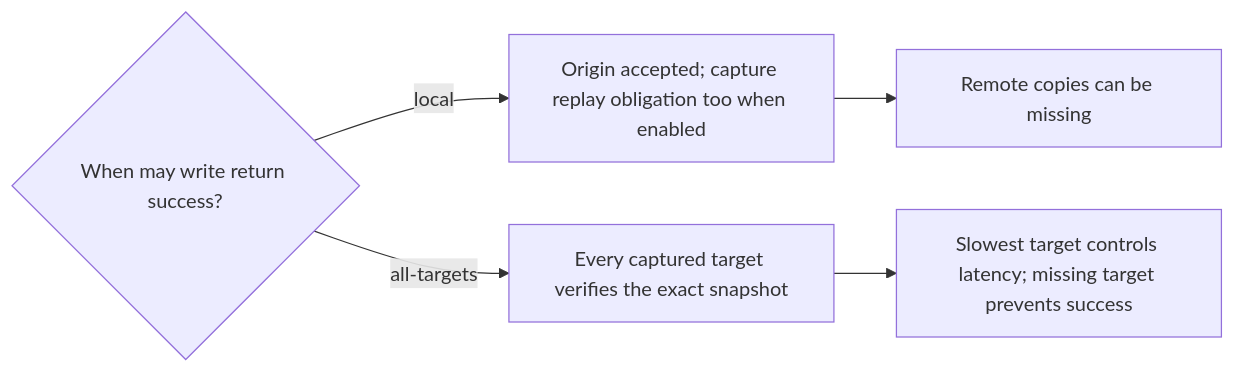
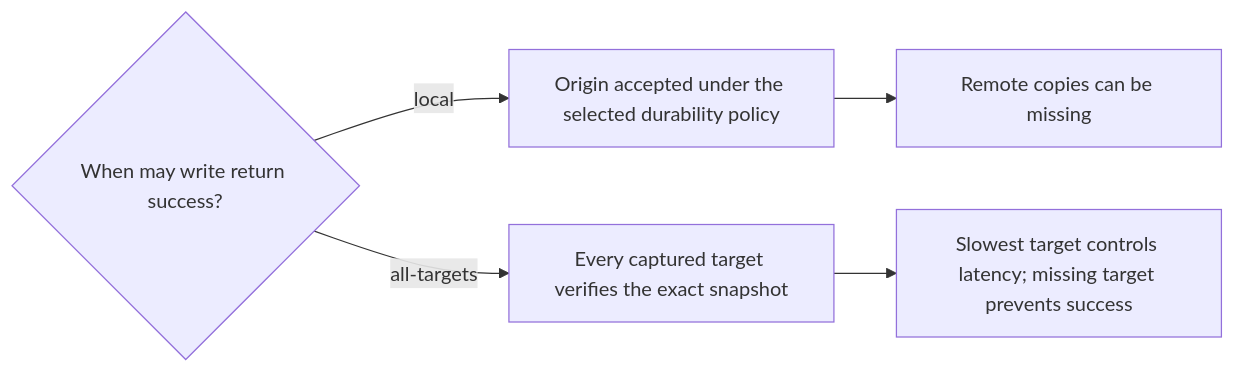
One commit to alberttwong/redis-multi-region-adapter changed the second of 2 diagrams in backends.md. Above: the diagram before and after it, drawn with Mermaid. The commit also changed other lines of this file and 13 other files, not shown here.

````diff
--- a/backends.md
+++ b/backends.md
@@ -34,7 +34,7 @@
 ```mermaid
 flowchart LR
-    Ack{"When may write return success?"} -->|local| Origin["Origin accepted; capture replay obligation too when enabled"]
+    Ack{"When may write return success?"} -->|local| Origin["Origin accepted under the selected durability policy"]
     Ack -->|all-targets| All["Every captured target verifies the exact snapshot"]
     Origin --> Lag["Remote copies can be missing"]
     All --> Slow["Slowest target controls latency; missing target prevents success"]
 ```
````
